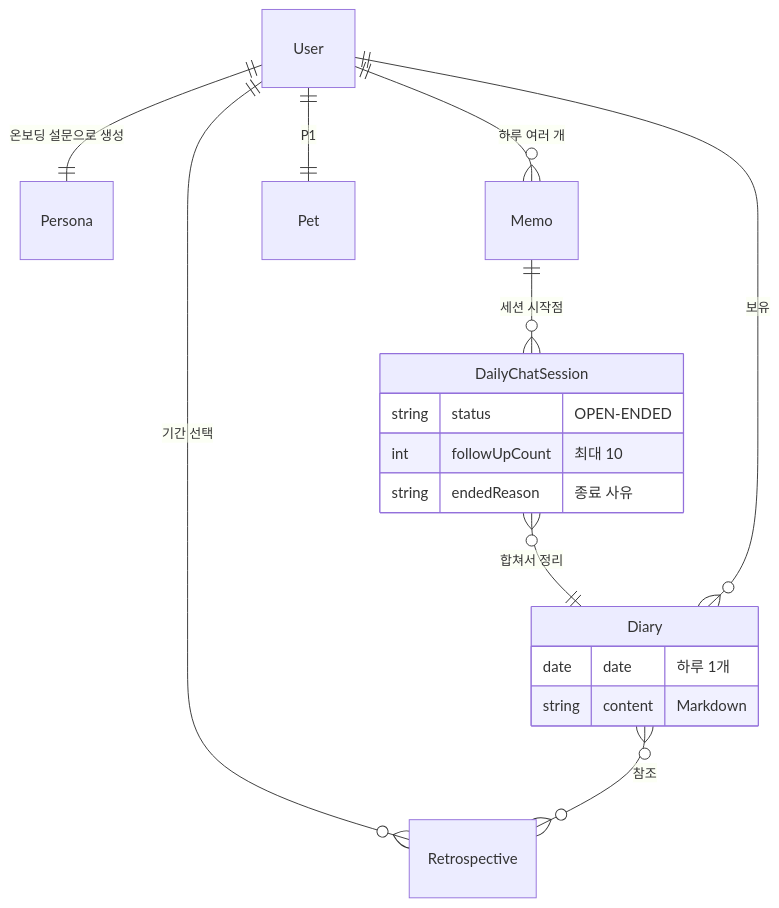
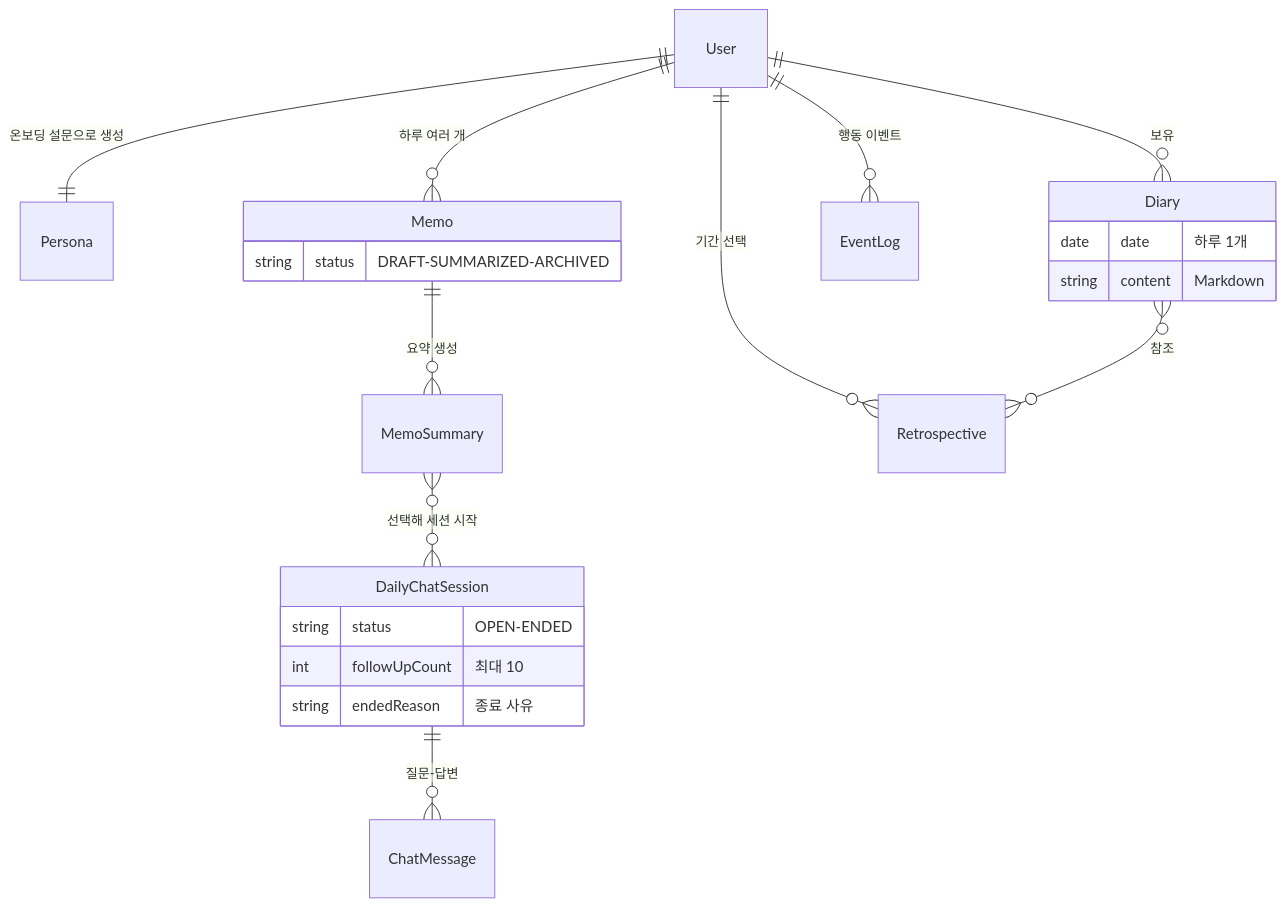
One commit to my-girin-log/girin-log-harness changed the fifth of 7 diagrams in README.md. Above: the diagram before and after it, drawn with Mermaid. The commit also changed other lines of this file and 10 other files, not shown here.

````diff
--- a/README.md
+++ b/README.md
@@ -157,20 +165,24 @@
 ```mermaid
 erDiagram
     User ||--|| Persona : "온보딩 설문으로 생성"
     User ||--o{ Memo : "하루 여러 개"
-    Memo ||--o{ DailyChatSession : "세션 시작점"
-    DailyChatSession }o--|| Diary : "합쳐서 정리"
+    Memo ||--o{ MemoSummary : "요약 생성"
+    MemoSummary }o--o{ DailyChatSession : "선택해 세션 시작"
+    DailyChatSession ||--o{ ChatMessage : "질문-답변"
     User ||--o{ Diary : "보유"
     User ||--o{ Retrospective : "기간 선택"
+    User ||--o{ EventLog : "행동 이벤트"
     Diary }o--o{ Retrospective : "참조"
-    User ||--|| Pet : "P1"
+    Memo {
+        string status "DRAFT-SUMMARIZED-ARCHIVED"
+    }
     DailyChatSession {
         string status "OPEN-ENDED"
         int followUpCount "최대 10"
         string endedReason "종료 사유"
     }
     Diary {
         date date "하루 1개"
         string content "Markdown"
     }
 ```
````
